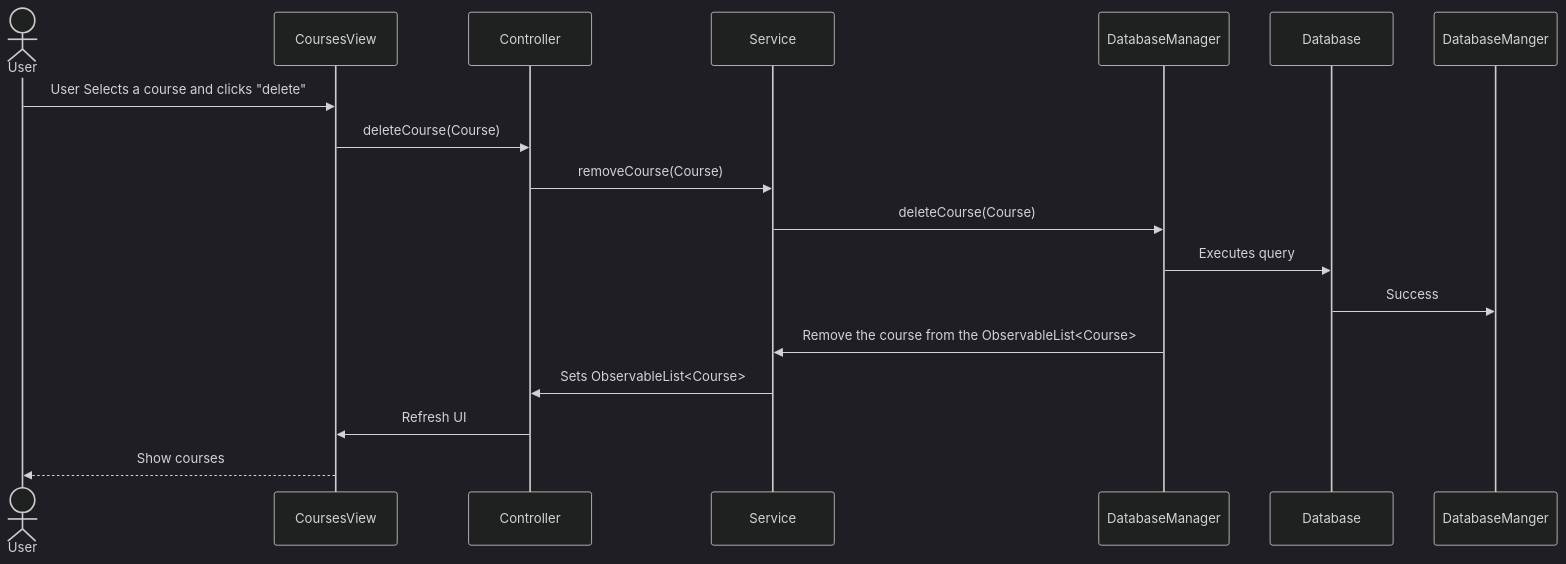
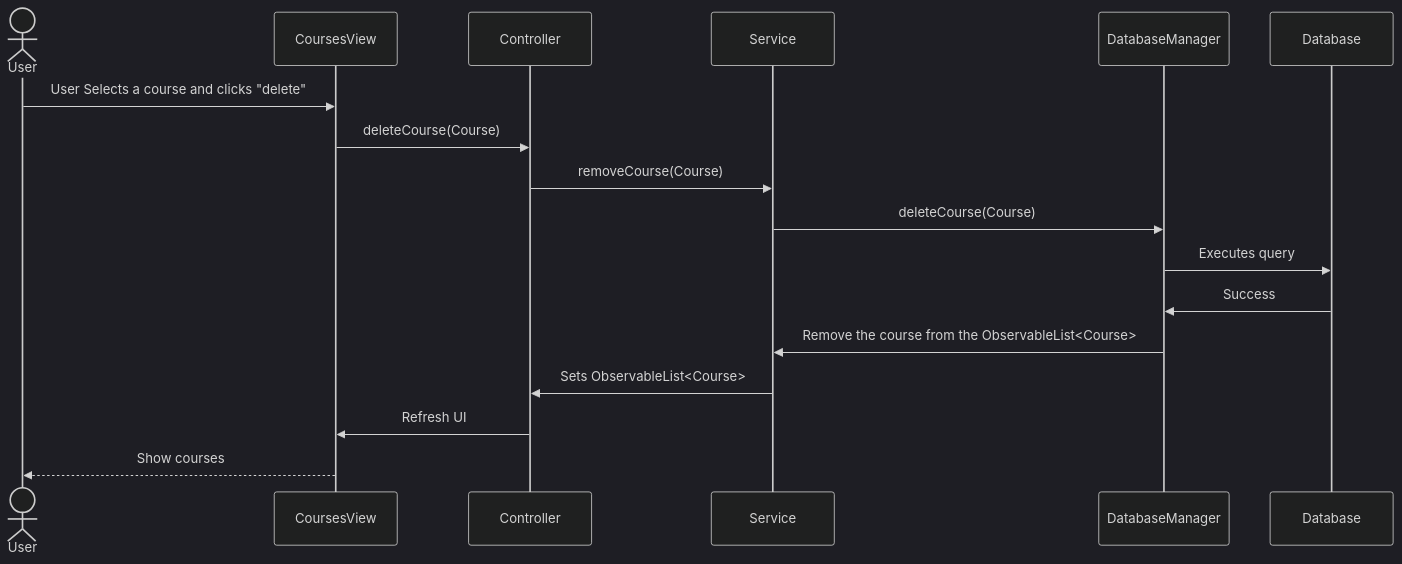
The seventh of 10 diagrams in README.md (Darth-218/Student-Grading-System), drawn with Mermaid (dark theme) before and after one commit. The commit also changed other lines of this file, not shown here.

````diff
--- a/README.md
+++ b/README.md
@@ -236,20 +211,15 @@
 ```mermaid
 sequenceDiagram
     actor User
-    participant CoursesView
-    participant Controller
-    participant Service
-    participant DatabaseManager
-    participant Database
 
     User->>CoursesView: User Selects a course and clicks "delete"
     CoursesView->>Controller: deleteCourse(Course)
     Controller->>Service: removeCourse(Course)
     Service->>DatabaseManager: deleteCourse(Course)
     DatabaseManager->>Database: Executes query 
-    Database->>DatabaseManger: Success
+    Database->>DatabaseManager: Success
     DatabaseManager->>Service: Remove the course from the ObservableList<Course>
     Service->>Controller: Sets ObservableList<Course>
     Controller->>CoursesView: Refresh UI
     CoursesView-->>User: Show courses
 ```
````
